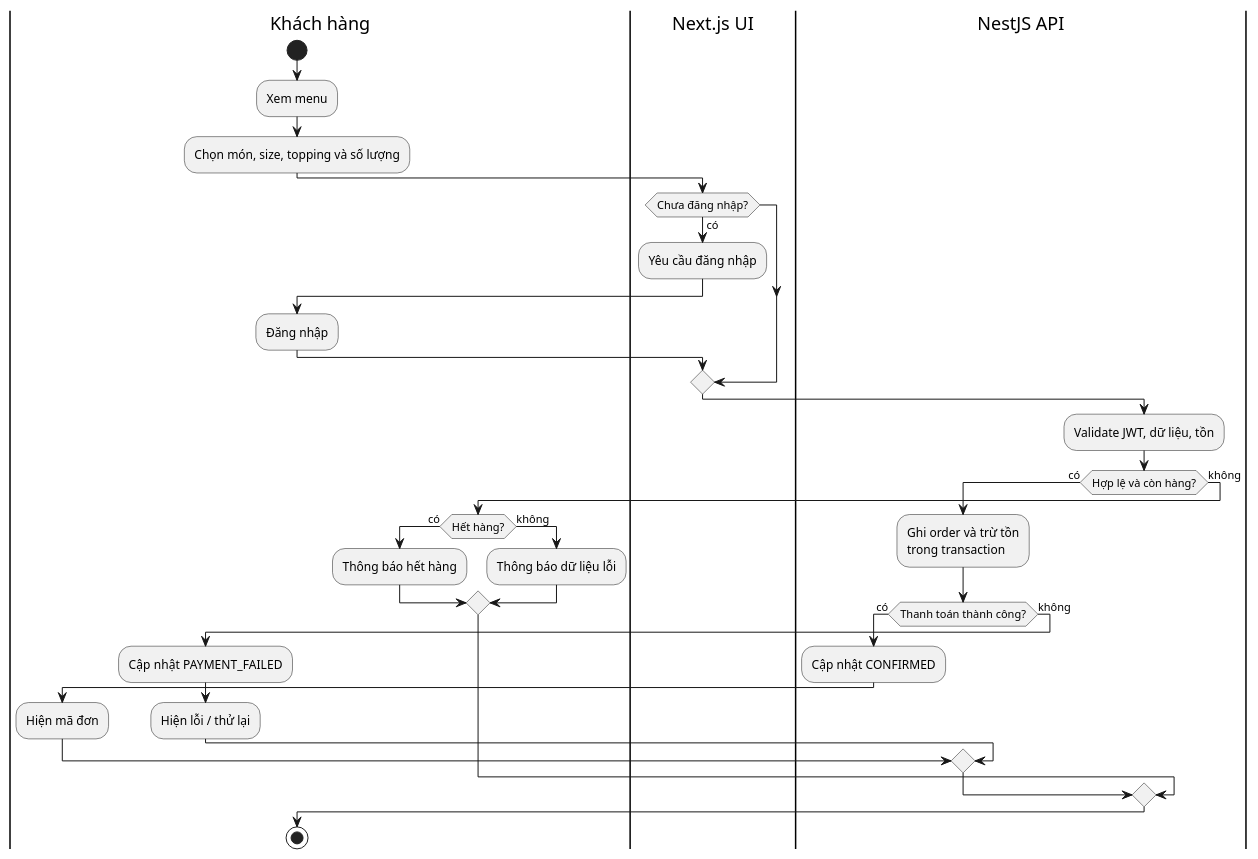
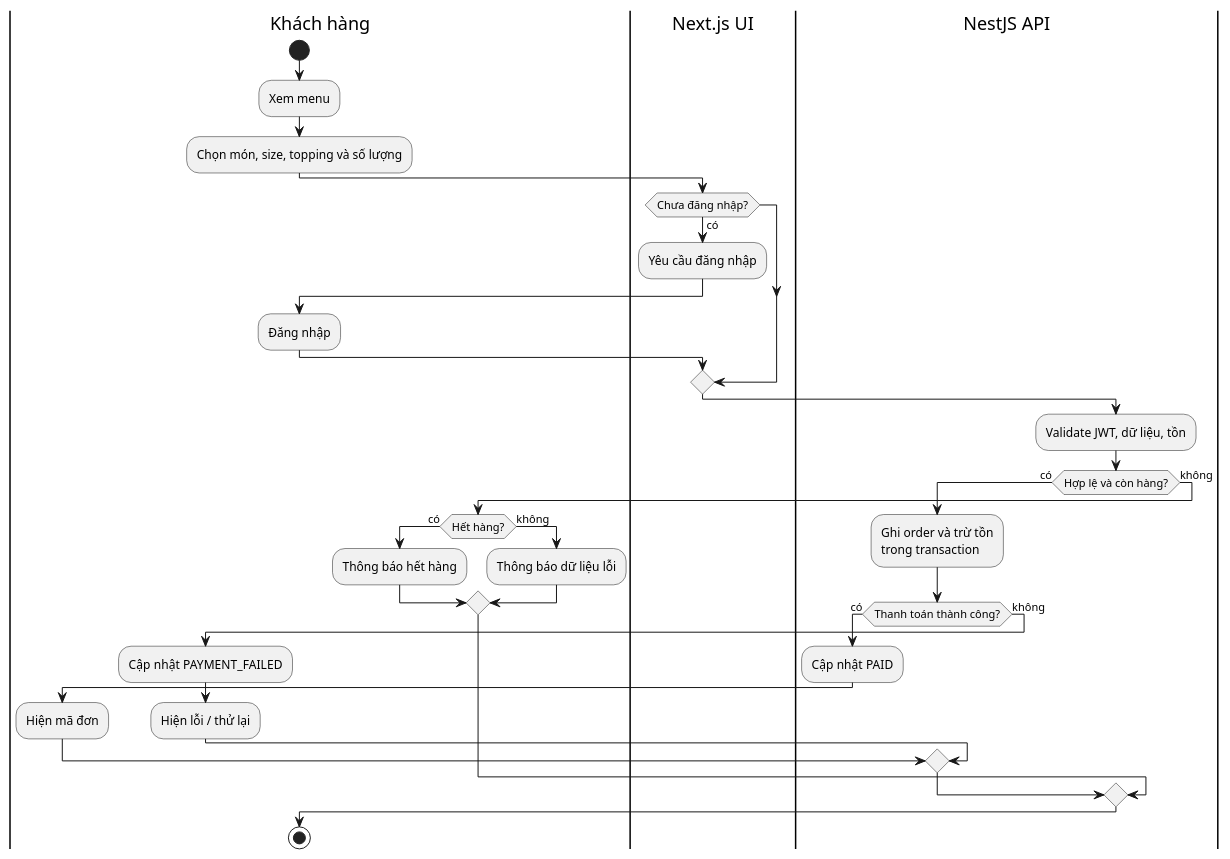
One commit to Myngoc09/assignment2_brewlite changed the diagram in docs/diagrams/activity-checkout.puml. Above: the diagram before and after it, drawn with PlantUML. The commit also changed 21 other files, not shown here.

```diff
--- a/docs/diagrams/activity-checkout.puml
+++ b/docs/diagrams/activity-checkout.puml
@@ -1,35 +1,35 @@
 @startuml
 |Khách hàng|
 start
 :Xem menu;
 :Chọn món, size, topping và số lượng;
 |Next.js UI|
 if (Chưa đăng nhập?) then (có)
 :Yêu cầu đăng nhập;
 |Khách hàng|
 :Đăng nhập;
 |Next.js UI|
 endif
 |NestJS API|
 :Validate JWT, dữ liệu, tồn;
 if (Hợp lệ và còn hàng?) then (có)
 :Ghi order và trừ tồn
 trong transaction;
 if (Thanh toán thành công?) then (có)
-:Cập nhật CONFIRMED;
+:Cập nhật PAID;
 |Khách hàng|
 :Hiện mã đơn;
 else (không)
 :Cập nhật PAYMENT_FAILED;
 |Khách hàng|
 :Hiện lỗi / thử lại;
 endif
 else (không)
 if (Hết hàng?) then (có)
 :Thông báo hết hàng;
 else (không)
 :Thông báo dữ liệu lỗi;
 endif
 endif
 stop
 @enduml
```
